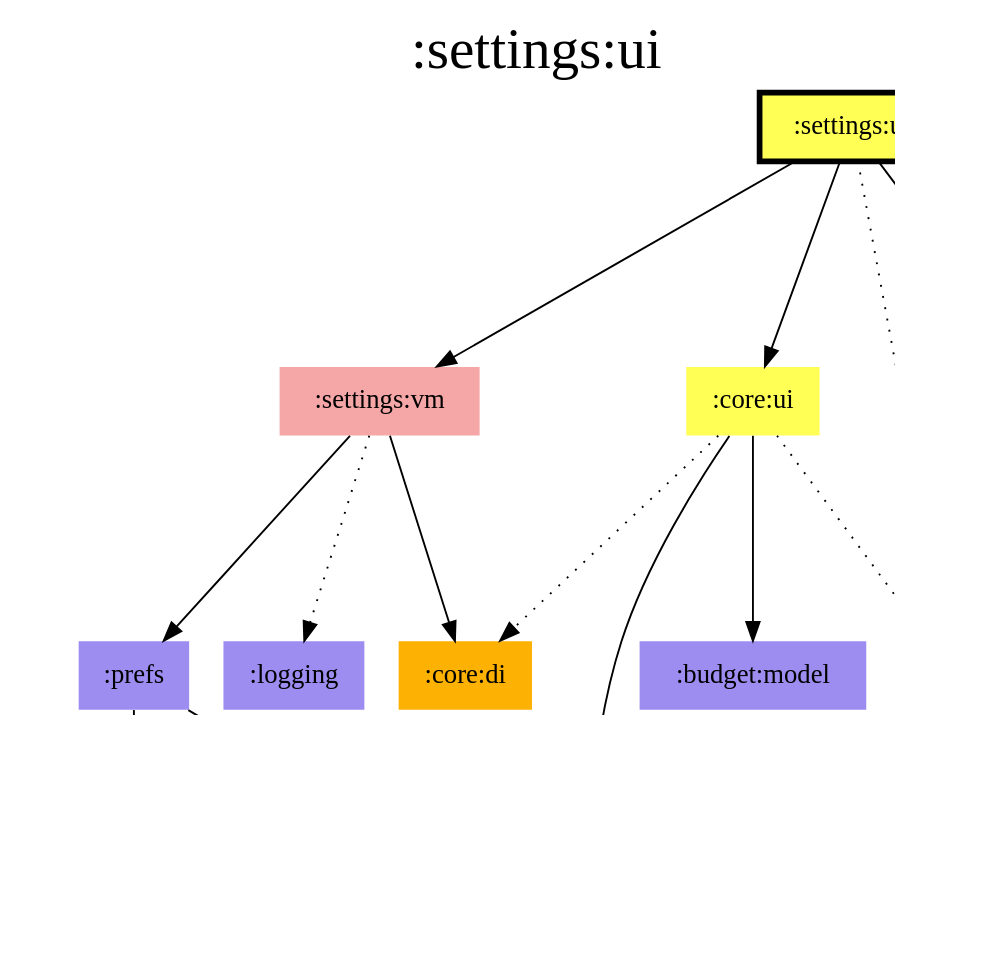
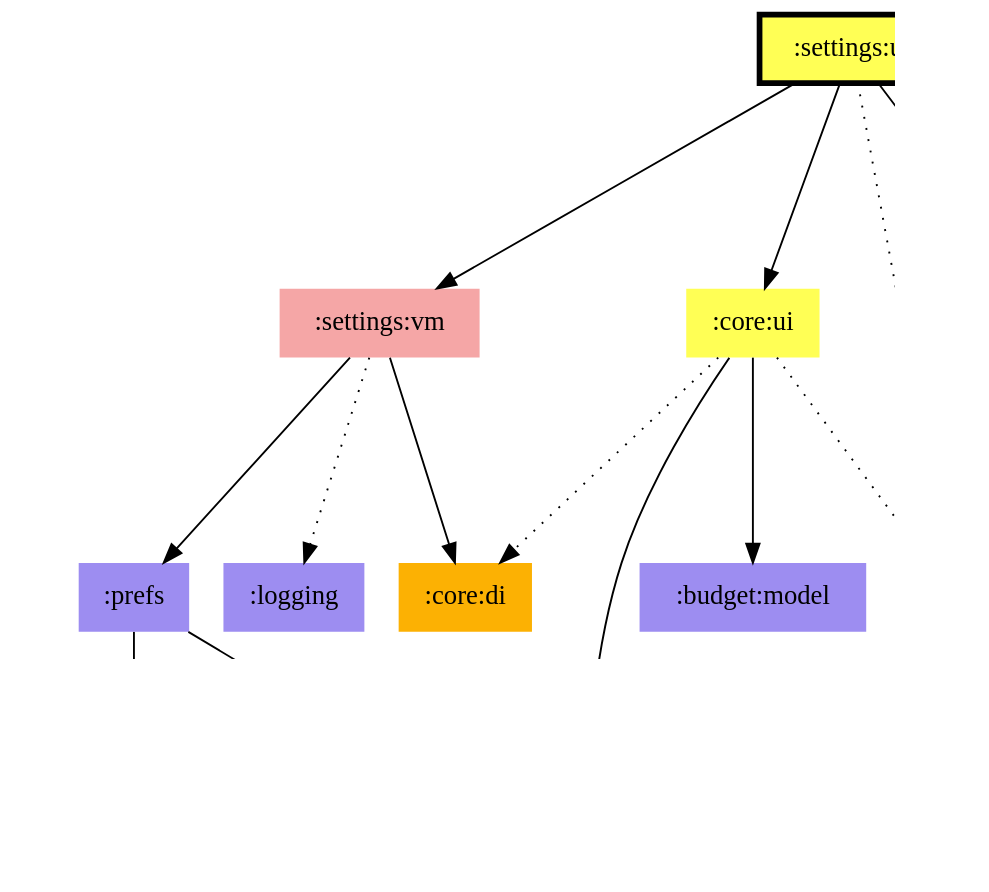
The diagram in modules/settings/ui/modules.dot (jonapoul/aktual), drawn with Graphviz before and after one commit. The commit also changed 87 other files, not shown here.

Commit message:
Remove graphviz

```diff
--- a/modules/settings/ui/modules.dot
+++ b/modules/settings/ui/modules.dot
@@ -1,33 +1,28 @@
 digraph {
 edge ["dir"="forward"]
-graph ["dpi"="100","label"=":settings:ui","labelloc"="t","fontsize"="30","ranksep"="1.5","rankdir"="TB"]
+graph ["dpi"="100","fontsize"="30","ranksep"="1.5","rankdir"="TB"]
 node ["style"="filled"]
 ":account:model" ["fillcolor"="#9D8DF1","shape"="none"]
 ":budget:model" ["fillcolor"="#9D8DF1","shape"="none"]
 ":core:di" ["fillcolor"="#FCB103","shape"="none"]
 ":core:model" ["fillcolor"="#9D8DF1","shape"="none"]
 ":core:ui" ["fillcolor"="#FFFF55","shape"="none"]
 ":l10n" ["fillcolor"="#9D8DF1","shape"="none"]
 ":logging" ["fillcolor"="#9D8DF1","shape"="none"]
 ":prefs" ["fillcolor"="#9D8DF1","shape"="none"]
 ":settings:ui" ["fillcolor"="#FFFF55","color"="black","penwidth"="3","shape"="box"]
 ":settings:vm" ["fillcolor"="#F5A6A6","shape"="none"]
-{
-edge ["dir"="none"]
-graph ["rank"="same"]
-":settings:ui"
-}
 ":core:ui" -> ":budget:model"
 ":core:ui" -> ":core:di" ["style"="dotted"]
 ":core:ui" -> ":core:model"
 ":core:ui" -> ":l10n" ["style"="dotted"]
 ":prefs" -> ":account:model"
 ":prefs" -> ":core:model"
 ":settings:ui" -> ":core:model"
 ":settings:ui" -> ":core:ui"
 ":settings:ui" -> ":l10n" ["style"="dotted"]
 ":settings:ui" -> ":settings:vm"
 ":settings:vm" -> ":core:di"
 ":settings:vm" -> ":logging" ["style"="dotted"]
 ":settings:vm" -> ":prefs"
 }
```
